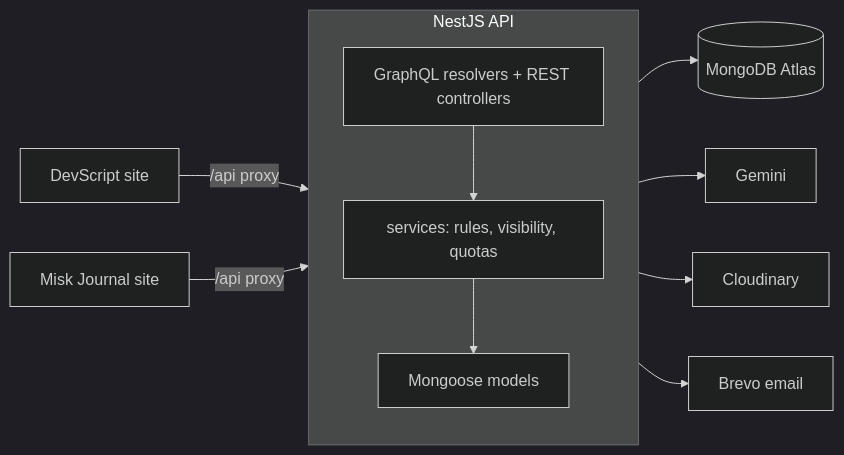
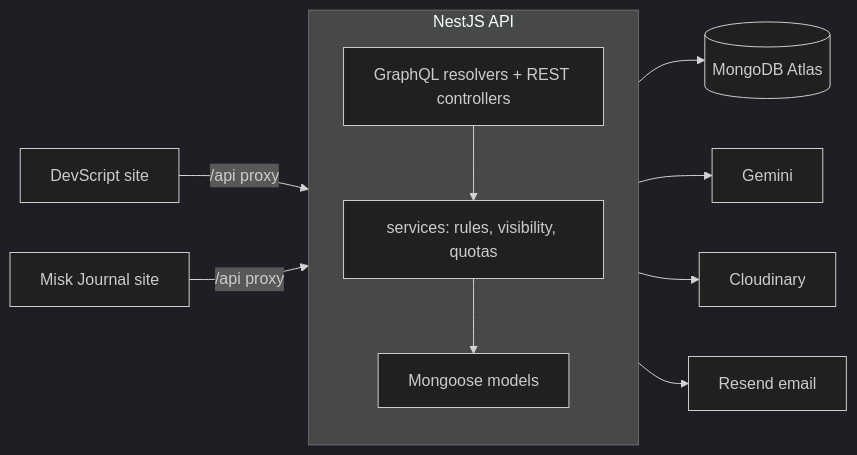
Before and after one commit to rifah07/devscript-api: the diagram in README.md, drawn with Mermaid (dark theme). The commit also changed other lines of this file and 3 other files, not shown here.

````diff
--- a/README.md
+++ b/README.md
@@ -20,14 +20,14 @@
 ```mermaid
 flowchart LR
   D[DevScript site] -->|/api proxy| API
   M[Misk Journal site] -->|/api proxy| API
   subgraph API[NestJS API]
     direction TB
     G[GraphQL resolvers + REST controllers] --> S[services: rules, visibility, quotas]
     S --> Mo[Mongoose models]
   end
   Mo --> DB[(MongoDB Atlas)]
   S --> AI[Gemini]
   S --> CL[Cloudinary]
-  S --> E[Brevo email]
+  S --> E[Resend email]
 ```
````
